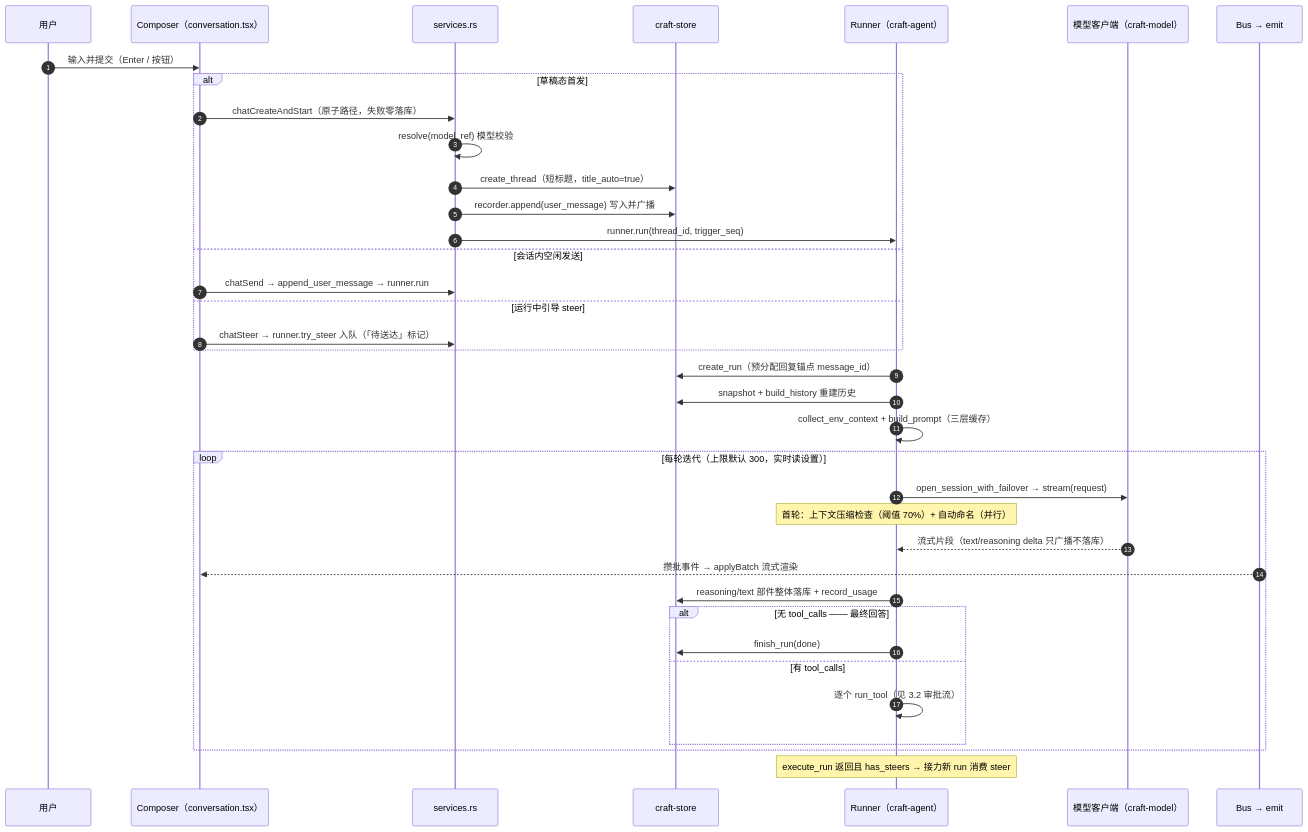
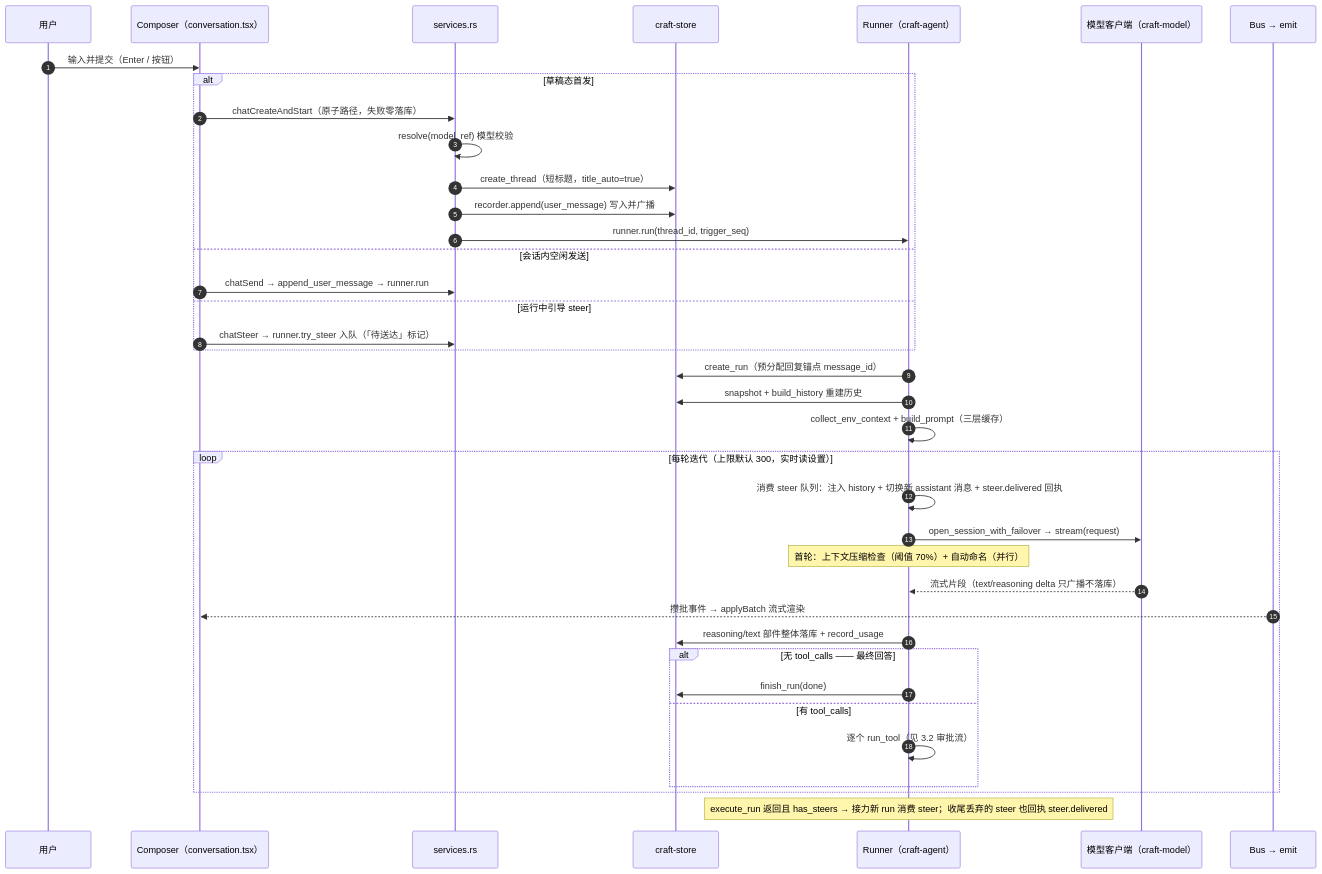
Before and after one commit to Yangshifu1024/CraftWork: the second of 6 diagrams in docs/arch.md, drawn with Mermaid. The commit also changed other lines of this file and 1 other file, not shown here.

Commit message:
docs: 同步 steer.delivered 回执语义与 composer 上下文占用控件
- arch.md 时序图补迭代开头的 steer 消费步骤与收尾丢弃回执；
  3.5 节补充投递回执机制（标记生命周期由回执驱动、消费点切换新
  assistant 消息、快照重建按回执摘 via）
- GLOSSARY：steer 词条补回执与消息切分语义；上下文占用词条补
  composer 占用控件的实测优先/估算兜底口径

````diff
--- a/docs/arch.md
+++ b/docs/arch.md
@@ -64,40 +64,41 @@
 ```mermaid
 sequenceDiagram
     autonumber
     participant U as 用户
     participant C as Composer（conversation.tsx）
     participant SVC as services.rs
     participant ST as craft-store
     participant RN as Runner（craft-agent）
     participant MC as 模型客户端（craft-model）
     participant BUS as Bus → emit
 
     U->>C: 输入并提交（Enter / 按钮）
     alt 草稿态首发
         C->>SVC: chatCreateAndStart（原子路径，失败零落库）
         SVC->>SVC: resolve(model_ref) 模型校验
         SVC->>ST: create_thread（短标题，title_auto=true）
         SVC->>ST: recorder.append(user_message) 写入并广播
         SVC->>RN: runner.run(thread_id, trigger_seq)
     else 会话内空闲发送
         C->>SVC: chatSend → append_user_message → runner.run
     else 运行中引导 steer
         C->>SVC: chatSteer → runner.try_steer 入队（「待送达」标记）
     end
     RN->>ST: create_run（预分配回复锚点 message_id）
     RN->>ST: snapshot + build_history 重建历史
     RN->>RN: collect_env_context + build_prompt（三层缓存）
     loop 每轮迭代（上限默认 300，实时读设置）
+        RN->>RN: 消费 steer 队列：注入 history + 切换新 assistant 消息 + steer.delivered 回执
         RN->>MC: open_session_with_failover → stream(request)
         Note over RN: 首轮：上下文压缩检查（阈值 70%）+ 自动命名（并行）
         MC-->>RN: 流式片段（text/reasoning delta 只广播不落库）
         BUS-->>C: 攒批事件 → applyBatch 流式渲染
         RN->>ST: reasoning/text 部件整体落库 + record_usage
         alt 无 tool_calls —— 最终回答
             RN->>ST: finish_run(done)
         else 有 tool_calls
             RN->>RN: 逐个 run_tool（见 3.2 审批流）
         end
     end
-    Note over RN: execute_run 返回且 has_steers → 接力新 run 消费 steer
+    Note over RN: execute_run 返回且 has_steers → 接力新 run 消费 steer；收尾丢弃的 steer 也回执 steer.delivered
 ```
````
